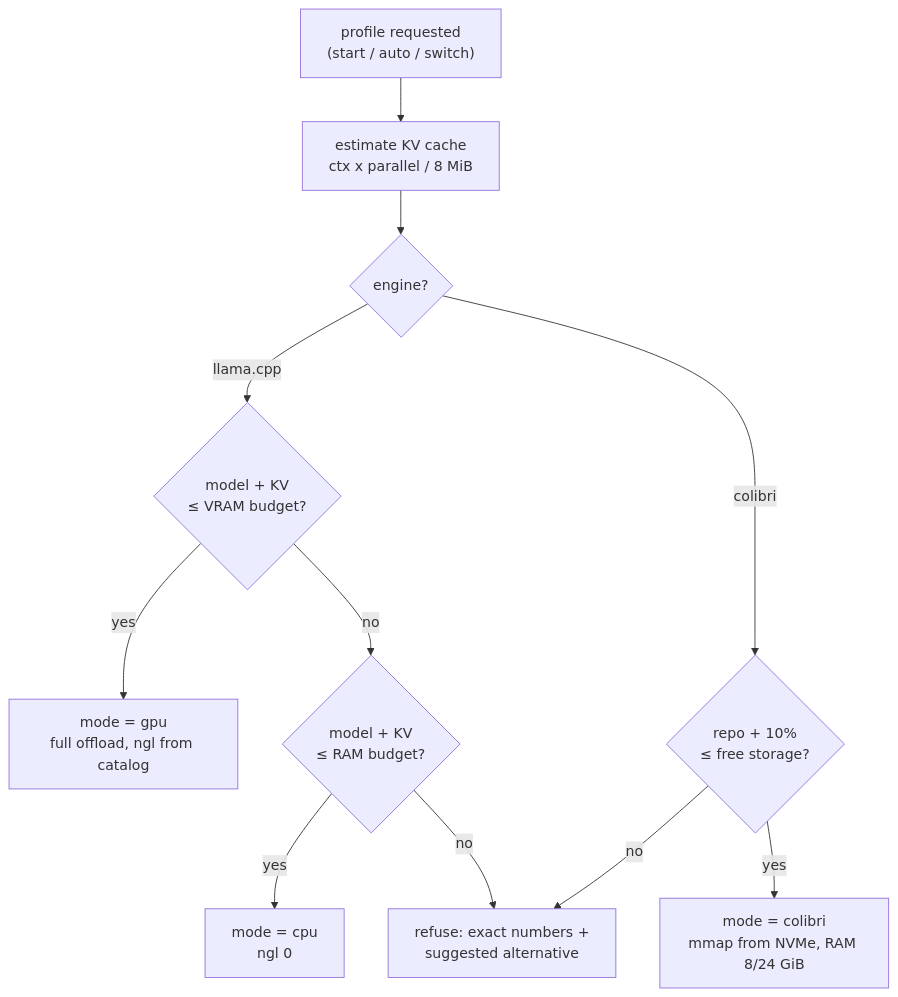
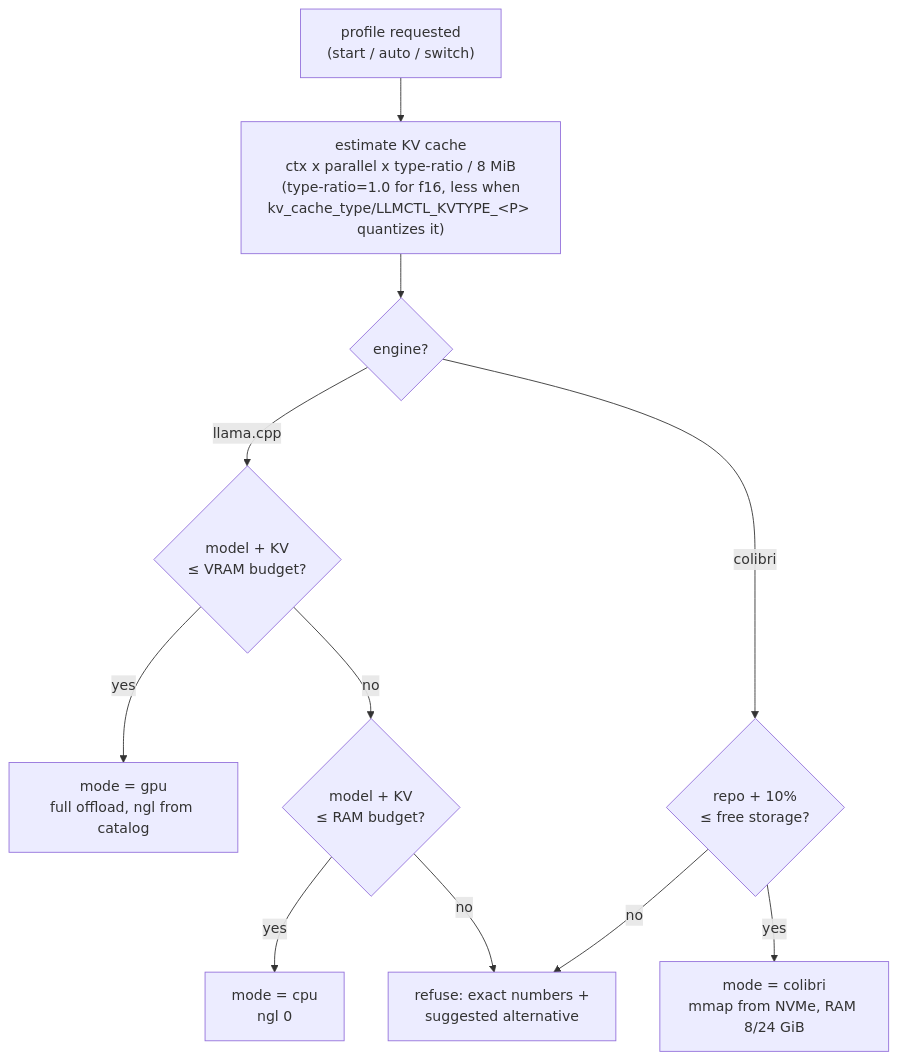
The second of 5 diagrams in docs/architecture.md (vasic-digital/llmctl), drawn with Mermaid before and after one commit. The commit also changed 1 other file, not shown here.

Commit message:
docs(catalog): document LLMCTL_CTX_<PROFILE>/LLMCTL_KVTYPE_<PROFILE> overrides
Mirrors the existing LLMCTL_PORT_<PROFILE>/LLMCTL_BIND_HOST_<PROFILE>
documentation convention in docs/scripts/catalog.md: prerequisites
section states the env-var naming rule and validation behavior, usage
examples show both overrides in action.

Also corrects the admission-control flowchart in docs/architecture.md,
which still showed the old flat f16-only KV-cache formula
("ctx x parallel / 8 MiB") - now type-aware via kv_cache_type /
LLMCTL_KVTYPE_<PROFILE>.

````diff
--- a/docs/architecture.md
+++ b/docs/architecture.md
@@ -75,13 +75,13 @@
 ```mermaid
 flowchart TD
-    START["profile requested<br/>(start / auto / switch)"] --> KV["estimate KV cache<br/>ctx x parallel / 8 MiB"]
+    START["profile requested<br/>(start / auto / switch)"] --> KV["estimate KV cache<br/>ctx x parallel x type-ratio / 8 MiB<br/>(type-ratio=1.0 for f16, less when<br/>kv_cache_type/LLMCTL_KVTYPE_&lt;P&gt; quantizes it)"]
     KV --> ENGINE{engine?}
     ENGINE -->|llama.cpp| FITVRAM{"model + KV<br/>&le; VRAM budget?"}
     FITVRAM -->|yes| GPU["mode = gpu<br/>full offload, ngl from catalog"]
     FITVRAM -->|no| FITRAM{"model + KV<br/>&le; RAM budget?"}
     FITRAM -->|yes| CPU["mode = cpu<br/>ngl 0"]
     FITRAM -->|no| REFUSE["refuse: exact numbers +<br/>suggested alternative"]
     ENGINE -->|colibri| STORAGE{"repo + 10%<br/>&le; free storage?"}
     STORAGE -->|yes| MMAP["mode = colibri<br/>mmap from NVMe, RAM 8/24 GiB"]
     STORAGE -->|no| REFUSE
 ```
````
